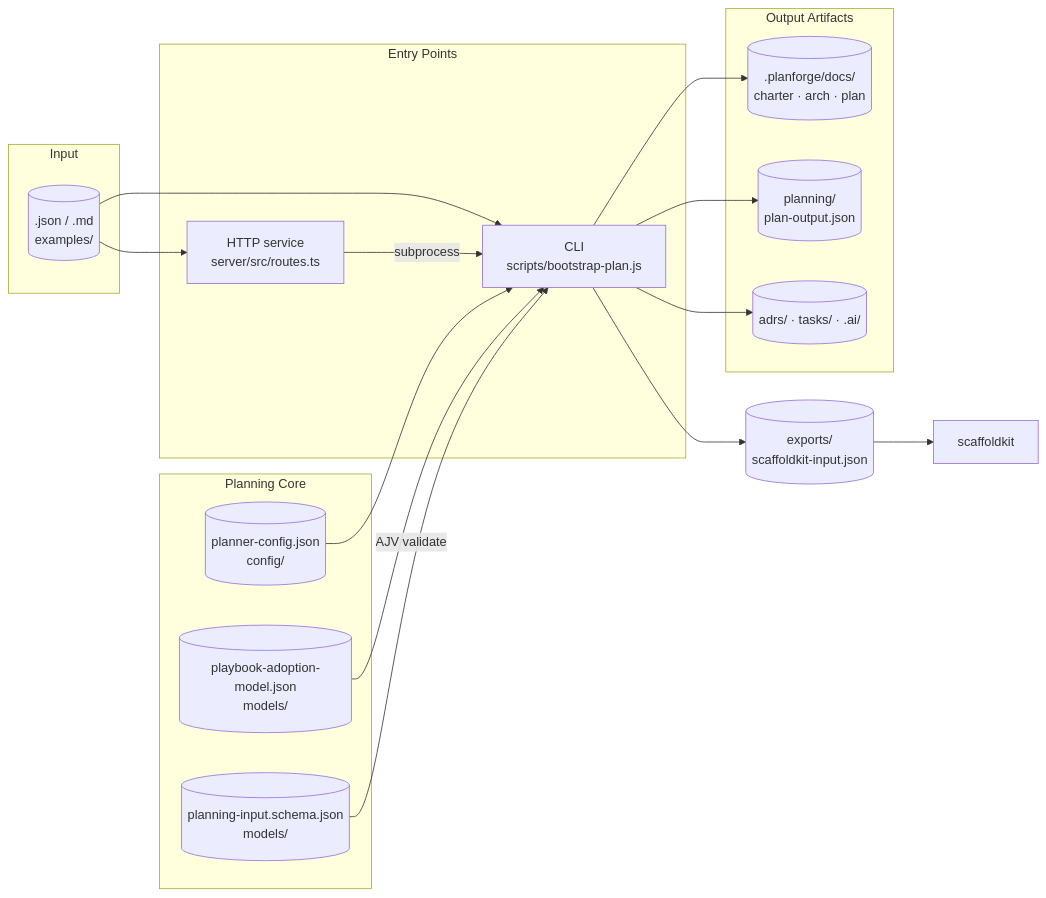
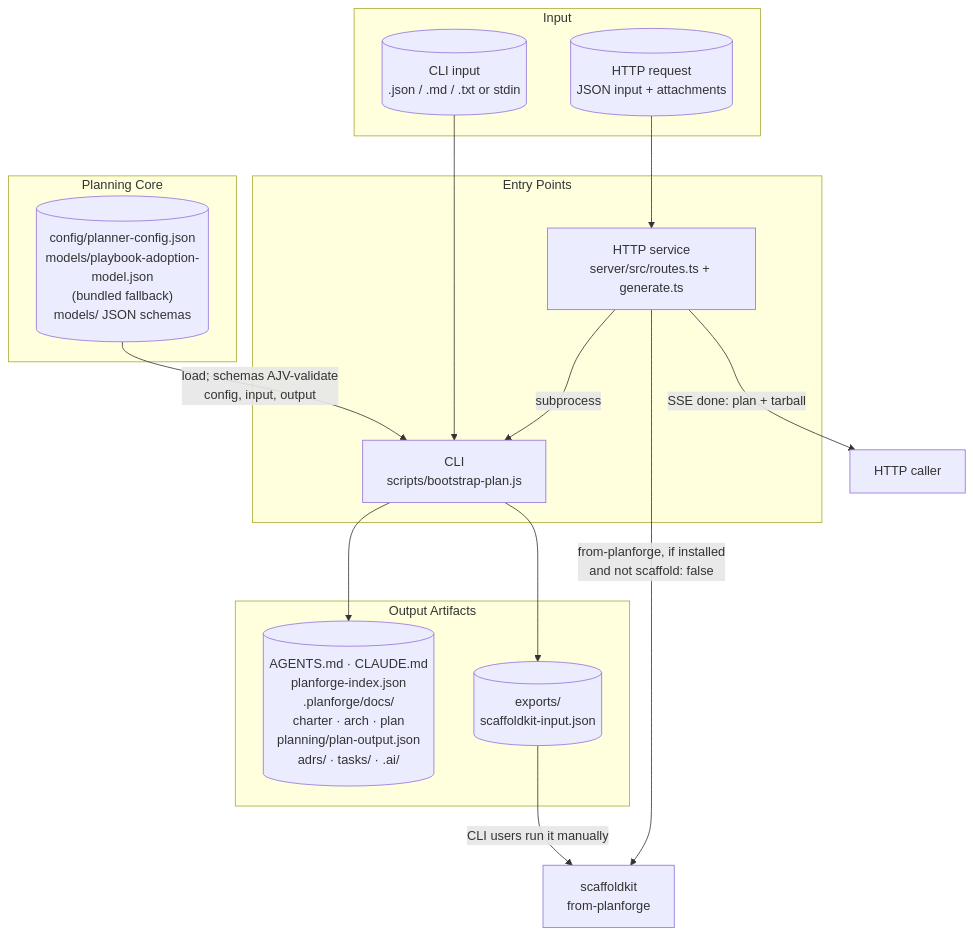
One commit to LanNguyenSi/agent-planforge changed the first of 3 diagrams in docs/architecture.md. Above: the diagram before and after it, drawn with Mermaid. The commit also changed other lines of this file and 9 other files, not shown here.

First line of the commit message:
docs: correct architecture, operational workflow and server docs against the code (#128)

````diff
--- a/docs/architecture.md
+++ b/docs/architecture.md
@@ -7,38 +9,34 @@
 ```mermaid
-flowchart LR
+flowchart TD
   subgraph inputs["Input"]
-    I1[(".json / .md\nexamples/")]
+    I1[("CLI input<br/>.json / .md / .txt or stdin")]
+    I2[("HTTP request<br/>JSON input + attachments")]
   end
 
   subgraph entry["Entry Points"]
-    E1["CLI\nscripts/bootstrap-plan.js"]
-    E2["HTTP service\nserver/src/routes.ts"]
+    E1["CLI<br/>scripts/bootstrap-plan.js"]
+    E2["HTTP service<br/>server/src/routes.ts + generate.ts"]
   end
 
   subgraph core["Planning Core"]
-    C1[("planner-config.json\nconfig/")]
-    C2[("playbook-adoption-model.json<br/>models/")]
-    C3[("planning-input.schema.json\nmodels/")]
+    C1[("config/planner-config.json<br/>models/playbook-adoption-model.json<br/>(bundled fallback)<br/>models/ JSON schemas")]
   end
 
   subgraph artifacts["Output Artifacts"]
-    O1[(".planforge/docs/\ncharter · arch · plan")]
-    O2[("planning/\nplan-output.json")]
-    O3[("adrs/ · tasks/ · .ai/")]
+    O0[("AGENTS.md · CLAUDE.md<br/>planforge-index.json<br/>.planforge/docs/<br/>charter · arch · plan<br/>planning/plan-output.json<br/>adrs/ · tasks/ · .ai/")]
+    O4[("exports/<br/>scaffoldkit-input.json")]
   end
 
-  O4[("exports/\nscaffoldkit-input.json")]
-  SK["scaffoldkit"]
+  SK["scaffoldkit<br/>from-planforge"]
+  CL["HTTP caller"]
 
   I1 --> E1
-  I1 --> E2
+  I2 --> E2
   E2 -->|"subprocess"| E1
-  C1 --> E1
-  C2 --> E1
-  C3 -->|"AJV validate"| E1
-  E1 --> O1
-  E1 --> O2
-  E1 --> O3
+  C1 -->|"load; schemas AJV-validate<br/>config, input, output"| E1
+  E1 --> O0
   E1 --> O4
-  O4 --> SK
+  O4 -->|"CLI users run it manually"| SK
+  E2 -->|"from-planforge, if installed<br/>and not scaffold: false"| SK
+  E2 -->|"SSE done: plan + tarball"| CL
 ```
````
